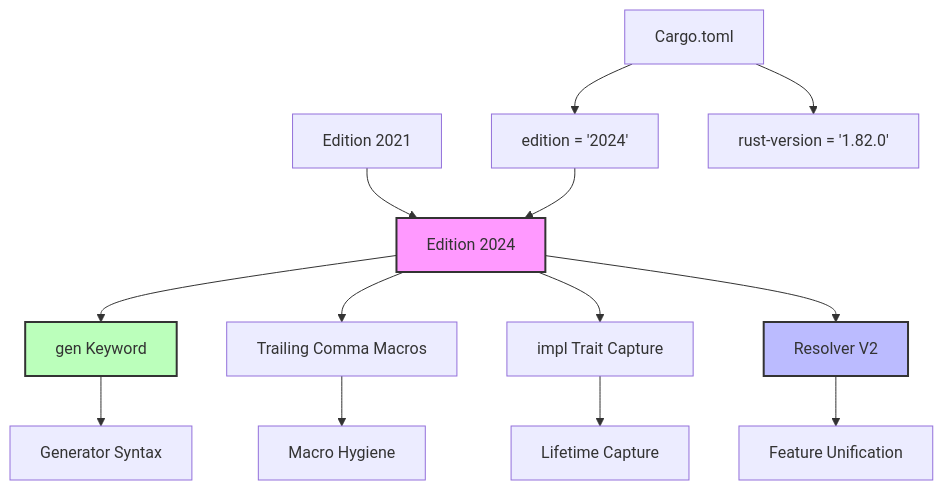
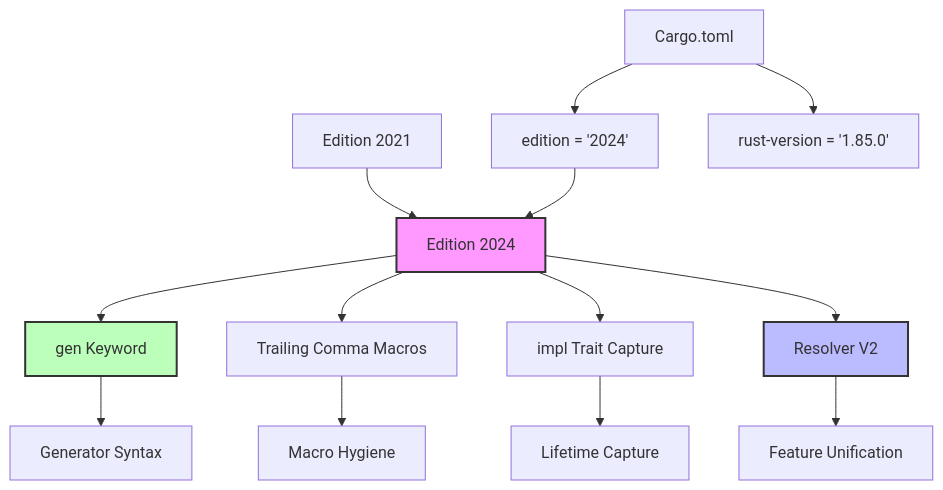
One commit to martin-ly/rust-lang changed the diagram in knowledge/06_ecosystem/02_edition_2024.md. Above: the diagram before and after it, drawn with Mermaid. The commit also changed other lines of this file and 44 other files, not shown here.

````diff
--- a/knowledge/06_ecosystem/02_edition_2024.md
+++ b/knowledge/06_ecosystem/02_edition_2024.md
@@ -106,20 +106,20 @@
 ```mermaid
 graph TD
     A[Edition 2021] --> B[Edition 2024]
     B --> C[gen Keyword]
     B --> D[Trailing Comma Macros]
     B --> E[impl Trait Capture]
     B --> F[Resolver V2]
     C --> G[Generator Syntax]
     D --> H[Macro Hygiene]
     E --> I[Lifetime Capture]
     F --> J[Feature Unification]
 
     K[Cargo.toml] --> L["edition = '2024'"]
-    K --> M["rust-version = '1.82.0'"]
+    K --> M["rust-version = '1.85.0'"]
     L --> B
 
     style B fill:#f9f,stroke:#333,stroke-width:2px
     style C fill:#bfb,stroke:#333,stroke-width:2px
     style F fill:#bbf,stroke:#333,stroke-width:2px
 ```
````
